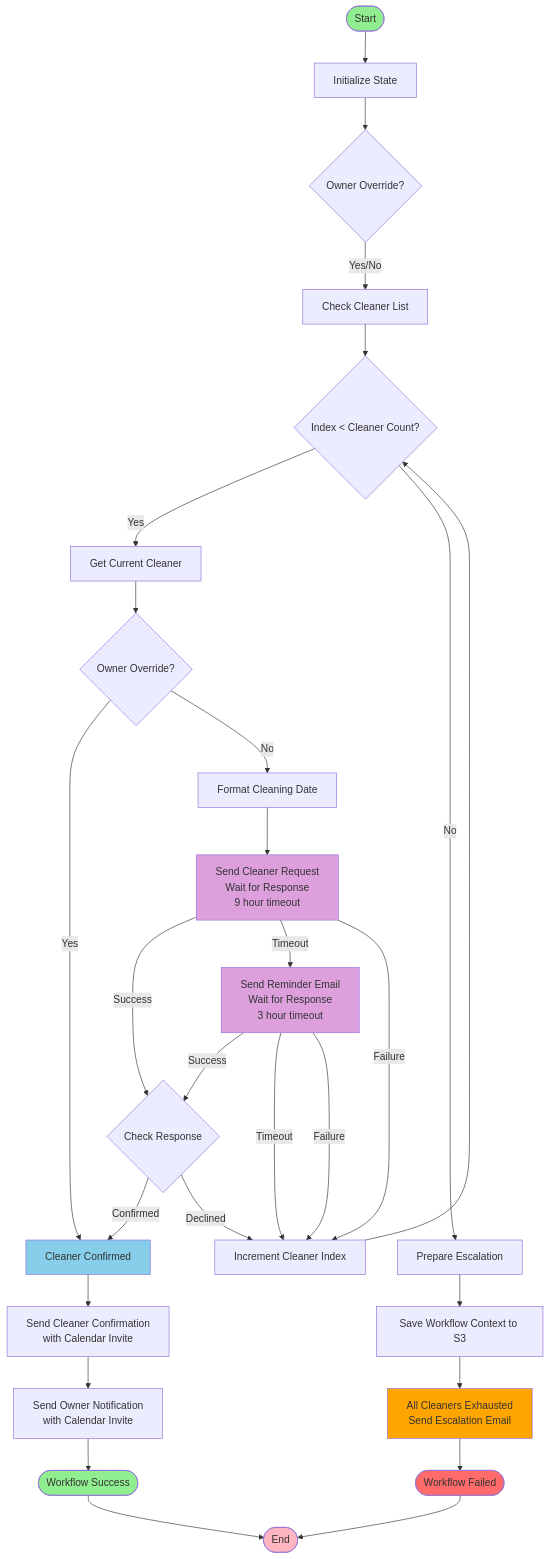
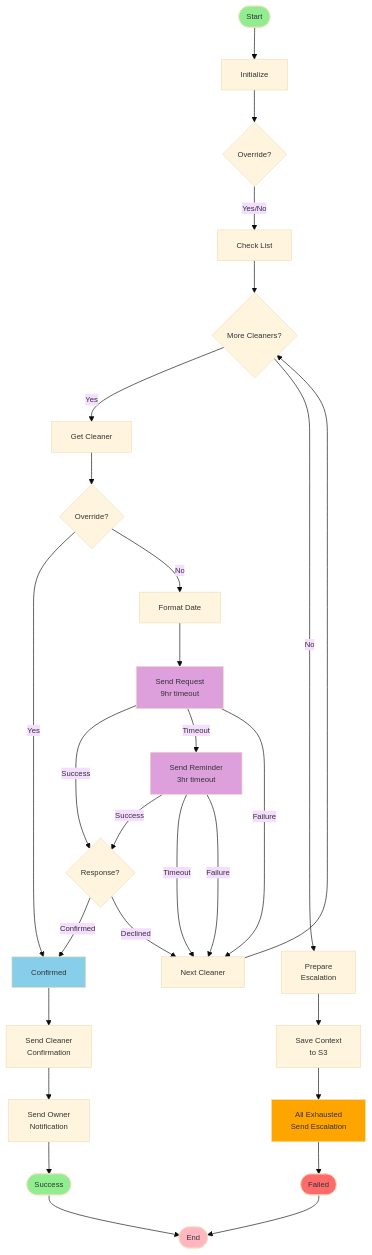
The second of 2 diagrams in README.md (engineerthefuture/RentalTurnManager), drawn with Mermaid before and after one commit. The commit also changed 1 other file, not shown here.

Commit message:
Ignore docs in deploy workflow; refresh diagram
Add paths-ignore to .github/workflows/deploy.yml so deploy won't run for changes to markdown/docs/LICENSE/SECURITY.md. Update README.md Mermaid diagram: add theme init and refactor node IDs/labels, shorten and simplify labels (including timeouts), and adjust styles for clearer, more compact state flow.

````diff
--- a/README.md
+++ b/README.md
@@ -143,49 +143,50 @@
 ```mermaid
+%%{init: {'theme':'base', 'themeVariables': { 'fontSize':'12px'}}}%%
 graph TD
-    Start([Start]) --> InitializeState[Initialize State]
-    InitializeState --> CheckOwnerOverride{Owner Override?}
-    CheckOwnerOverride -->|Yes/No| CheckCleanerList[Check Cleaner List]
-    CheckCleanerList --> CompareCleanerIndex{Index < Cleaner Count?}
+    Start([Start]) --> Init[Initialize]
+    Init --> ChkOverride{Override?}
+    ChkOverride -->|Yes/No| ChkList[Check List]
+    ChkList --> CmpIdx{More Cleaners?}
     
-    CompareCleanerIndex -->|Yes| GetCurrentCleaner[Get Current Cleaner]
-    CompareCleanerIndex -->|No| PrepareEscalation[Prepare Escalation]
+    CmpIdx -->|Yes| GetCleaner[Get Cleaner]
+    CmpIdx -->|No| PrepEsc[Prepare<br/>Escalation]
     
-    GetCurrentCleaner --> CheckForOwnerOverride{Owner Override?}
-    CheckForOwnerOverride -->|Yes| CleanerConfirmed[Cleaner Confirmed]
-    CheckForOwnerOverride -->|No| FormatCleaningDate[Format Cleaning Date]
+    GetCleaner --> ChkOvr{Override?}
+    ChkOvr -->|Yes| Confirmed[Confirmed]
+    ChkOvr -->|No| FmtDate[Format Date]
     
-    FormatCleaningDate --> SendCleanerRequest[Send Cleaner Request<br/>Wait for Response<br/>9 hour timeout]
+    FmtDate --> SendReq[Send Request<br/>9hr timeout]
     
-    SendCleanerRequest -->|Success| EvaluateReminderResponse{Check Response}
-    SendCleanerRequest -->|Timeout| SendReminderEmail[Send Reminder Email<br/>Wait for Response<br/>3 hour timeout]
-    SendCleanerRequest -->|Failure| IncrementCleanerIndex[Increment Cleaner Index]
+    SendReq -->|Success| EvalResp{Response?}
+    SendReq -->|Timeout| SendRem[Send Reminder<br/>3hr timeout]
+    SendReq -->|Failure| IncIdx[Next Cleaner]
     
-    SendReminderEmail -->|Success| EvaluateReminderResponse
-    SendReminderEmail -->|Timeout| IncrementCleanerIndex
-    SendReminderEmail -->|Failure| IncrementCleanerIndex
+    SendRem -->|Success| EvalResp
+    SendRem -->|Timeout| IncIdx
+    SendRem -->|Failure| IncIdx
     
-    EvaluateReminderResponse -->|Confirmed| CleanerConfirmed
-    EvaluateReminderResponse -->|Declined| IncrementCleanerIndex
+    EvalResp -->|Confirmed| Confirmed
+    EvalResp -->|Declined| IncIdx
     
-    IncrementCleanerIndex --> CompareCleanerIndex
+    IncIdx --> CmpIdx
     
-    PrepareEscalation --> SaveWorkflowContext[Save Workflow Context to S3]
-    SaveWorkflowContext --> AllCleanersExhausted[All Cleaners Exhausted<br/>Send Escalation Email]
-    AllCleanersExhausted --> WorkflowFailed([Workflow Failed])
+    PrepEsc --> SaveCtx[Save Context<br/>to S3]
+    SaveCtx --> AllExh[All Exhausted<br/>Send Escalation]
+    AllExh --> Failed([Failed])
     
-    CleanerConfirmed --> SendCleanerConfirmation[Send Cleaner Confirmation<br/>with Calendar Invite]
-    SendCleanerConfirmation --> SendOwnerNotification[Send Owner Notification<br/>with Calendar Invite]
-    SendOwnerNotification --> WorkflowSuccess([Workflow Success])
+    Confirmed --> SendConf[Send Cleaner<br/>Confirmation]
+    SendConf --> SendOwner[Send Owner<br/>Notification]
+    SendOwner --> Success([Success])
     
-    WorkflowFailed --> End([End])
-    WorkflowSuccess --> End
+    Failed --> End([End])
+    Success --> End
     
     style Start fill:#90EE90
     style End fill:#FFB6C1
-    style CleanerConfirmed fill:#87CEEB
-    style AllCleanersExhausted fill:#FFA500
-    style SendCleanerRequest fill:#DDA0DD
-    style SendReminderEmail fill:#DDA0DD
-    style WorkflowSuccess fill:#90EE90
-    style WorkflowFailed fill:#FF6B6B
+    style Confirmed fill:#87CEEB
+    style AllExh fill:#FFA500
+    style SendReq fill:#DDA0DD
+    style SendRem fill:#DDA0DD
+    style Success fill:#90EE90
+    style Failed fill:#FF6B6B
 ```
````
